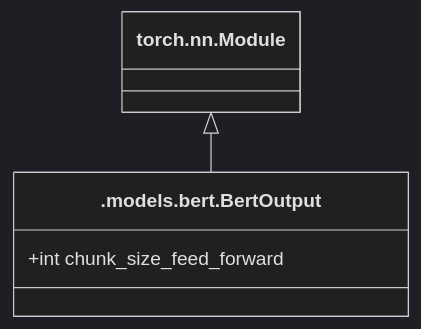
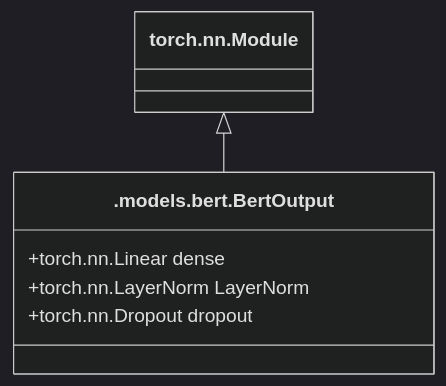
Before and after one commit to coba-yu/transformers-from-pytorch: the seventh of 8 diagrams in BERT.md, drawn with Mermaid (dark theme). The commit also changed other lines of this file, not shown here.

````diff
--- a/BERT.md
+++ b/BERT.md
@@ -131,9 +132,11 @@
 ```mermaid
 classDiagram
   class Module["torch.nn.Module"]
   class BertOutput[".models.bert.BertOutput"] {
-    +int chunk_size_feed_forward
+    +torch.nn.Linear dense
+    +torch.nn.LayerNorm LayerNorm
+    +torch.nn.Dropout dropout
   }
 
   Module <|-- BertOutput
 ```
````
